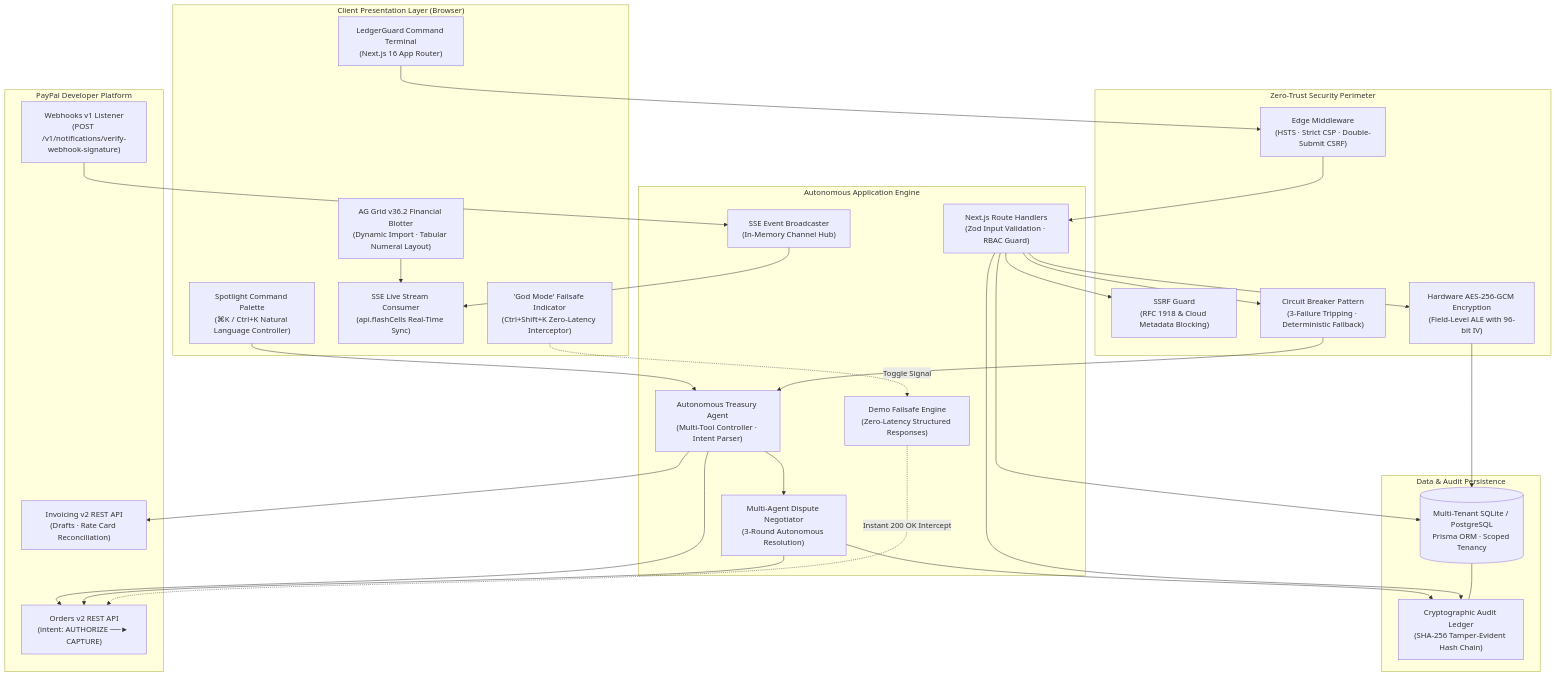
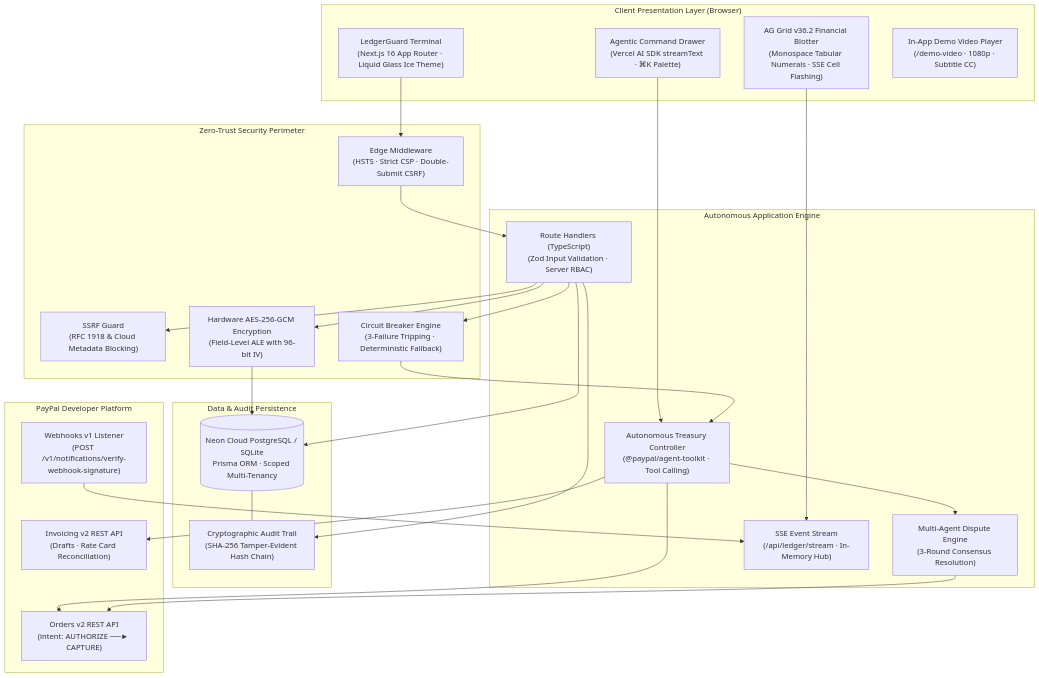
One commit to 29rdx/LedgerGuard changed the second of 2 diagrams in README.md. Above: the diagram before and after it, drawn with Mermaid. The commit also changed other lines of this file, not shown here.

Commit message:
docs(readme): comprehensive demo day polish with 7-step proof-of-delivery verification architecture

````diff
--- a/README.md
+++ b/README.md
@@ -41,65 +108,53 @@
 ```mermaid
 flowchart TD
     subgraph Client ["Client Presentation Layer (Browser)"]
-        UI["LedgerGuard Command Terminal\n(Next.js 16 App Router)"]
-        Grid["AG Grid v36.2 Financial Blotter\n(Dynamic Import · Tabular Numeral Layout)"]
-        Palette["Spotlight Command Palette\n(⌘K / Ctrl+K Natural Language Controller)"]
-        SSE_Client["SSE Live Stream Consumer\n(api.flashCells Real-Time Sync)"]
-        Failsafe_UI["'God Mode' Failsafe Indicator\n(Ctrl+Shift+K Zero-Latency Interceptor)"]
+        UI["LedgerGuard Terminal\n(Next.js 16 App Router · Liquid Glass Ice Theme)"]
+        Grid["AG Grid v36.2 Financial Blotter\n(Monospace Tabular Numerals · SSE Cell Flashing)"]
+        Drawer["Agentic Command Drawer\n(Vercel AI SDK streamText · ⌘K Palette)"]
+        Player["In-App Demo Video Player\n(/demo-video · 1080p · Subtitle CC)"]
     end
 
     subgraph Security ["Zero-Trust Security Perimeter"]
         Middleware["Edge Middleware\n(HSTS · Strict CSP · Double-Submit CSRF)"]
         SSRF["SSRF Guard\n(RFC 1918 & Cloud Metadata Blocking)"]
-        Breaker["Circuit Breaker Pattern\n(3-Failure Tripping · Deterministic Fallback)"]
+        Breaker["Circuit Breaker Engine\n(3-Failure Tripping · Deterministic Fallback)"]
         ALE["Hardware AES-256-GCM Encryption\n(Field-Level ALE with 96-bit IV)"]
     end
 
     subgraph Core ["Autonomous Application Engine"]
-        API["Next.js Route Handlers\n(Zod Input Validation · RBAC Guard)"]
-        Agent["Autonomous Treasury Agent\n(Multi-Tool Controller · Intent Parser)"]
-        Negotiator["Multi-Agent Dispute Negotiator\n(3-Round Autonomous Resolution)"]
-        Broadcaster["SSE Event Broadcaster\n(In-Memory Channel Hub)"]
-        Failsafe["Demo Failsafe Engine\n(Zero-Latency Structured Responses)"]
+        API["Route Handlers (TypeScript)\n(Zod Input Validation · Server RBAC)"]
+        Agent["Autonomous Treasury Controller\n(@paypal/agent-toolkit · Tool Calling)"]
+        Negotiator["Multi-Agent Dispute Engine\n(3-Round Consensus Resolution)"]
+        Broadcaster["SSE Event Stream\n(/api/ledger/stream · In-Memory Hub)"]
     end
 
     subgraph Data ["Data & Audit Persistence"]
-        DB[(Multi-Tenant SQLite / PostgreSQL\nPrisma ORM · Scoped Tenancy)]
-        AuditLog["Cryptographic Audit Ledger\n(SHA-256 Tamper-Evident Hash Chain)"]
+        DB[(Neon Cloud PostgreSQL / SQLite\nPrisma ORM · Scoped Multi-Tenancy)]
+        AuditLog["Cryptographic Audit Trail\n(SHA-256 Tamper-Evident Hash Chain)"]
     end
 
     subgraph External ["PayPal Developer Platform"]
         Orders["Orders v2 REST API\n(intent: AUTHORIZE ──► CAPTURE)"]
         Invoices["Invoicing v2 REST API\n(Drafts · Rate Card Reconciliation)"]
         Webhooks["Webhooks v1 Listener\n(POST /v1/notifications/verify-webhook-signature)"]
     end
 
-    %% Client Interactions
+    %% Wiring
     UI --> Middleware
-    Palette --> Agent
-    Grid --> SSE_Client
-    Failsafe_UI -.->|Toggle Signal| Failsafe
-
-    %% Security & API Flow
+    Drawer --> Agent
+    Grid --> Broadcaster
     Middleware --> API
     API --> SSRF
     API --> Breaker
     API --> ALE
-
-    %% Core Engine
     Breaker --> Agent
     Agent --> Orders
     Agent --> Invoices
     Agent --> Negotiator
     Negotiator --> Orders
     Webhooks --> Broadcaster
-    Broadcaster --> SSE_Client
-    Failsafe -.->|Instant 200 OK Intercept| Orders
-
-    %% Data Flow
     API --> DB
     ALE --> DB
-    Negotiator --> AuditLog
     API --> AuditLog
     DB --- AuditLog
 ```
````
